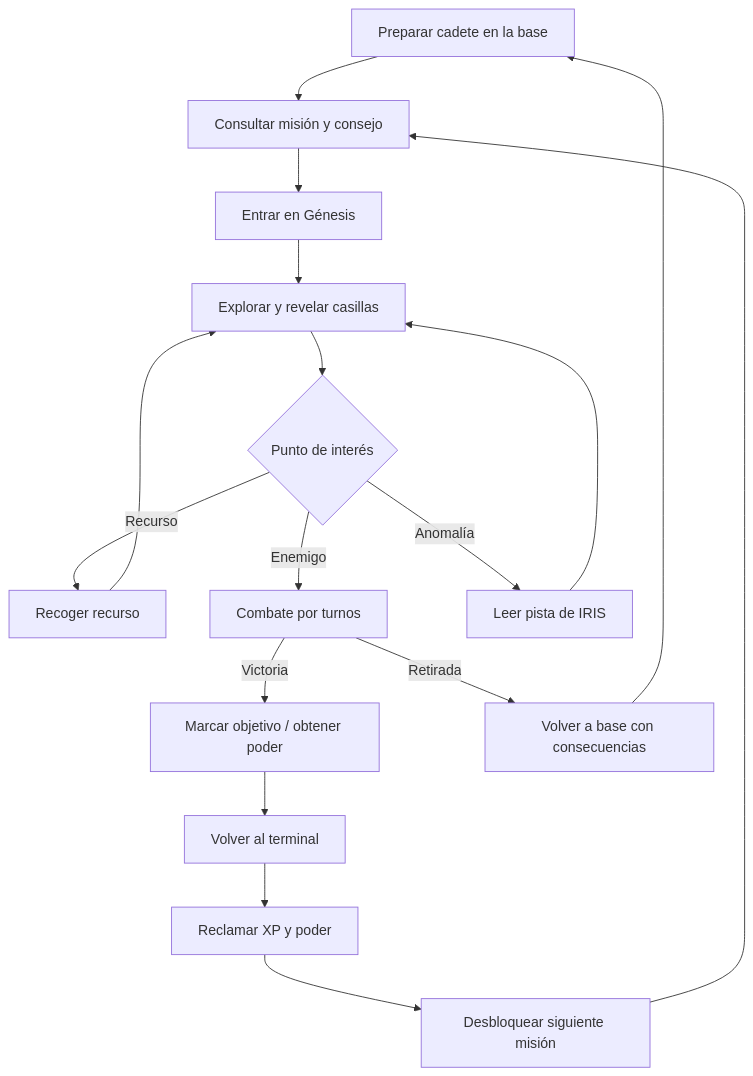
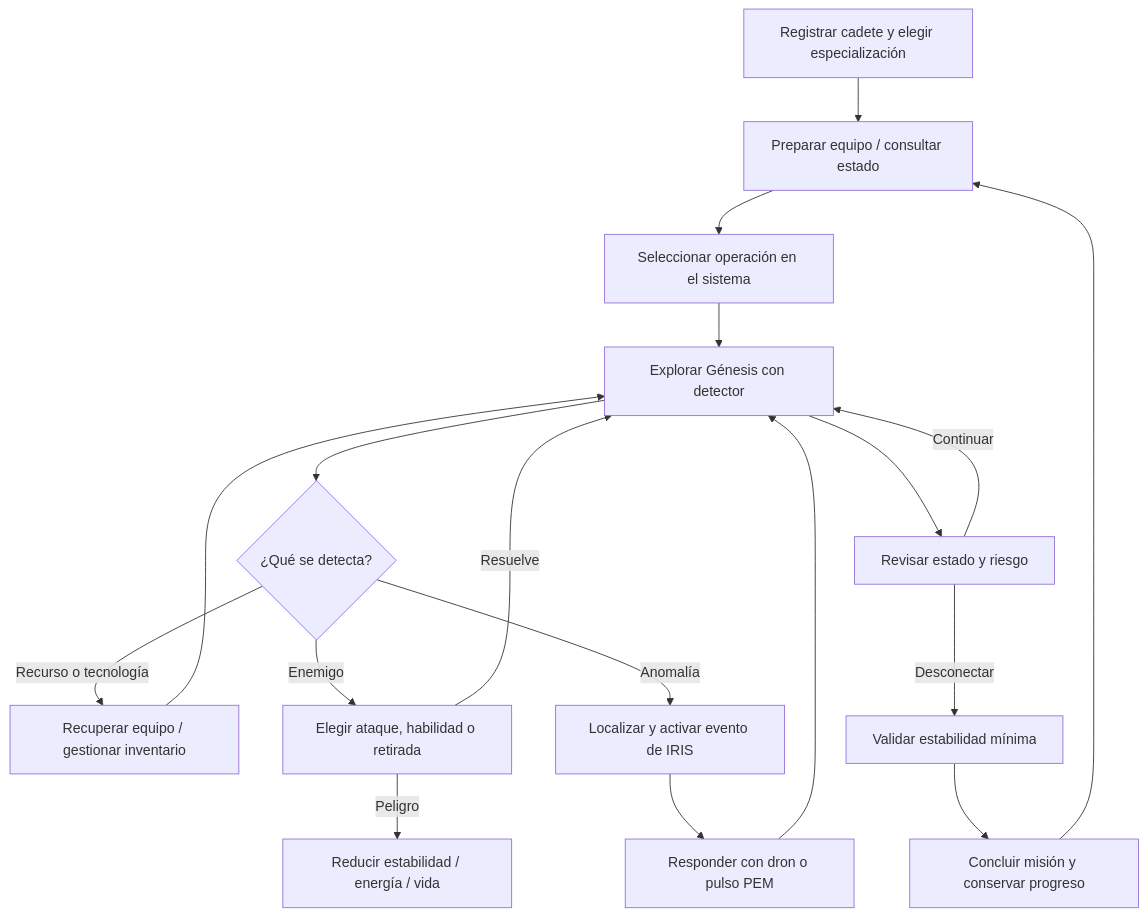
One commit to KristoferLara/Nexus_1 changed the diagram in docs/diseno-del-juego.md. Above: the diagram before and after it, drawn with Mermaid. The commit also changed other lines of this file and 2 other files, not shown here.

````diff
--- a/docs/diseno-del-juego.md
+++ b/docs/diseno-del-juego.md
@@ -13,19 +13,20 @@
 ```mermaid
 flowchart TD
- A[Preparar cadete en la base] --> B[Consultar misión y consejo]
- B --> C[Entrar en Génesis]
- C --> D[Explorar y revelar casillas]
- D --> E{Punto de interés}
- E -->|Recurso| F[Recoger recurso]
- E -->|Enemigo| G[Combate por turnos]
- E -->|Anomalía| H[Leer pista de IRIS]
+ A[Registrar cadete y elegir especialización] --> B[Preparar equipo / consultar estado]
+ B --> C[Seleccionar operación en el sistema]
+ C --> D[Explorar Génesis con detector]
+ D --> E{¿Qué se detecta?}
+ E -->|Recurso o tecnología| F[Recuperar equipo / gestionar inventario]
+ E -->|Enemigo| G[Elegir ataque, habilidad o retirada]
+ E -->|Anomalía| H[Localizar y activar evento de IRIS]
  F --> D
- G -->|Victoria| I[Marcar objetivo / obtener poder]
- G -->|Retirada| J[Volver a base con consecuencias]
- H --> D
- I --> K[Volver al terminal]
- K --> L[Reclamar XP y poder]
- L --> M[Desbloquear siguiente misión]
+ G -->|Resuelve| D
+ G -->|Peligro| I[Reducir estabilidad / energía / vida]
+ H --> J[Responder con dron o pulso PEM]
+ J --> D
+ D --> K[Revisar estado y riesgo]
+ K -->|Continuar| D
+ K -->|Desconectar| L[Validar estabilidad mínima]
+ L --> M[Concluir misión y conservar progreso]
  M --> B
- J --> A
 ```
````
